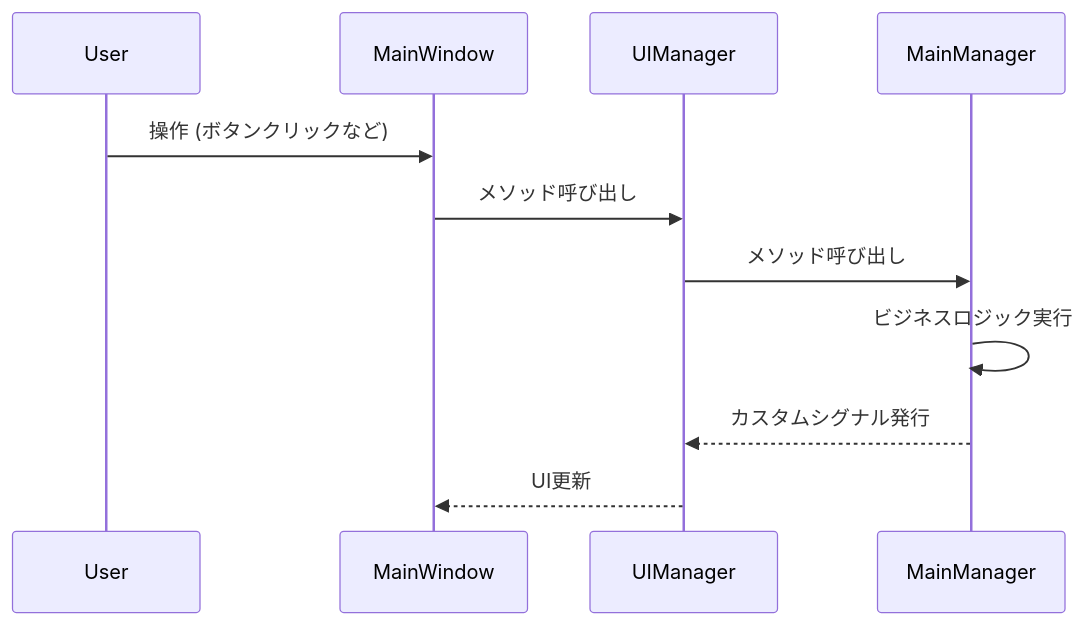
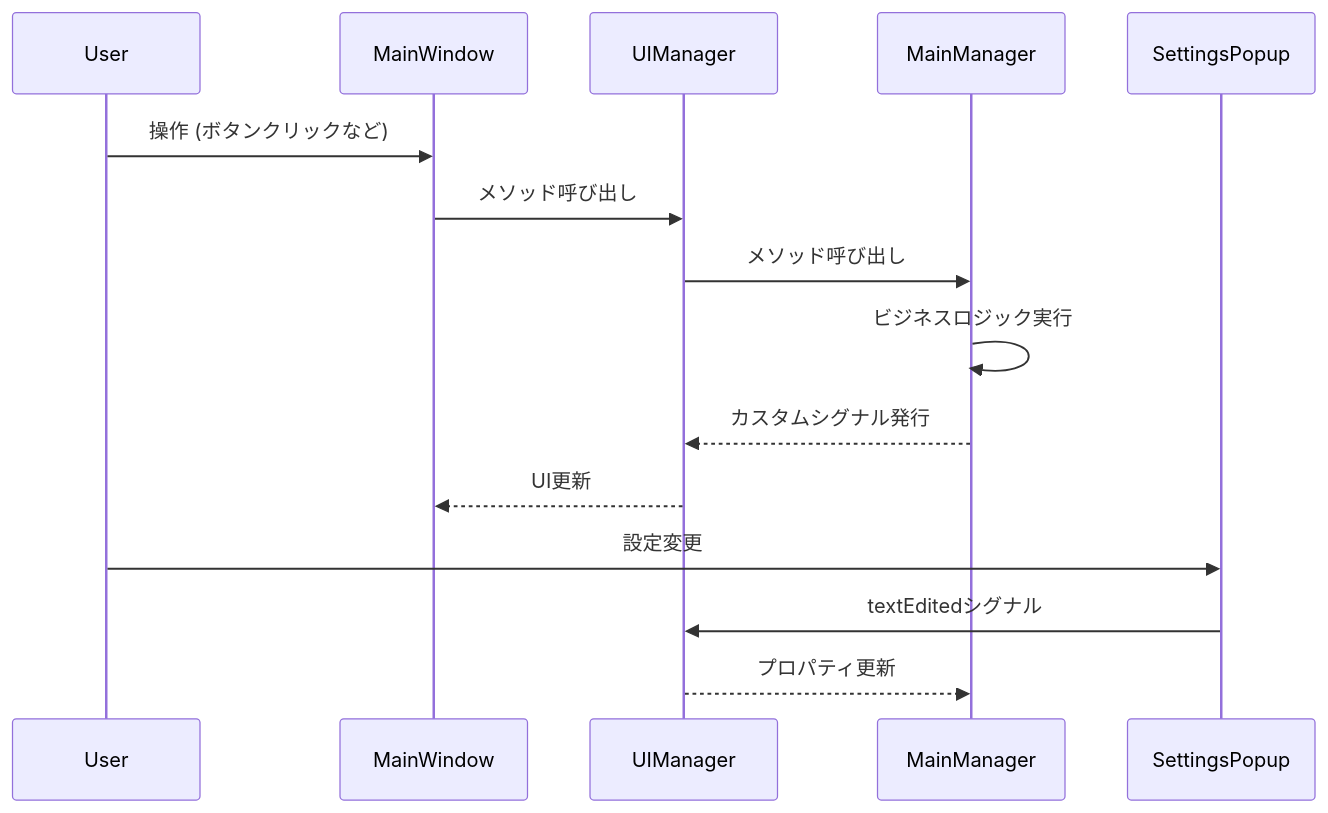
The first of 2 diagrams in memory-bank/systemPatterns.md (nusashi/PlanetSide2-nihongo-mod-ui-private), drawn with Mermaid before and after one commit. The commit also changed other lines of this file and 2 other files, not shown here.

````diff
--- a/memory-bank/systemPatterns.md
+++ b/memory-bank/systemPatterns.md
@@ -21,14 +21,19 @@
 ```mermaid
 sequenceDiagram
     participant User
     participant MainWindow
     participant UIManager
     participant MainManager
+    participant SettingsPopup
 
     User->>MainWindow: 操作 (ボタンクリックなど)
     MainWindow->>UIManager: メソッド呼び出し
     UIManager->>MainManager: メソッド呼び出し
     MainManager->>MainManager: ビジネスロジック実行
     MainManager-->>UIManager: カスタムシグナル発行
     UIManager-->>MainWindow: UI更新
+
+    User->>SettingsPopup: 設定変更
+    SettingsPopup->>UIManager: textEditedシグナル
+    UIManager-->>MainManager: プロパティ更新
 ```
````
